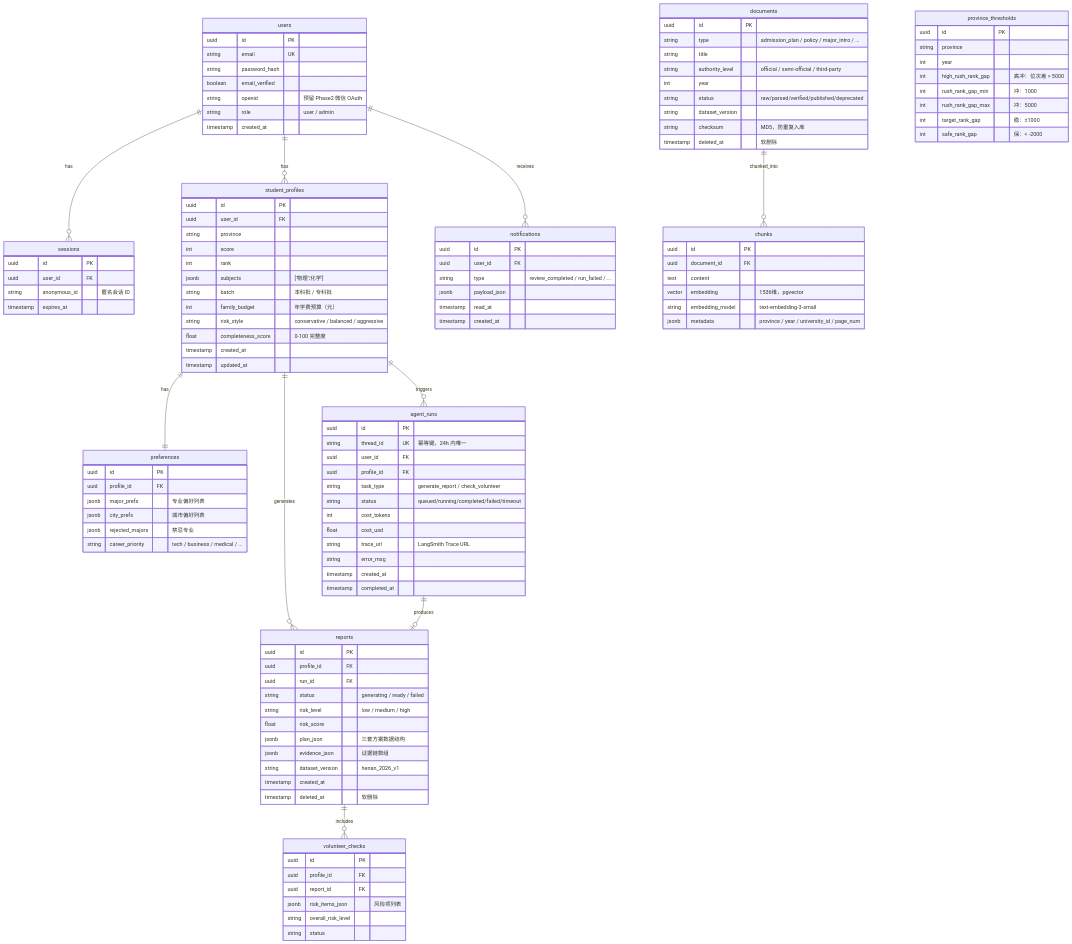
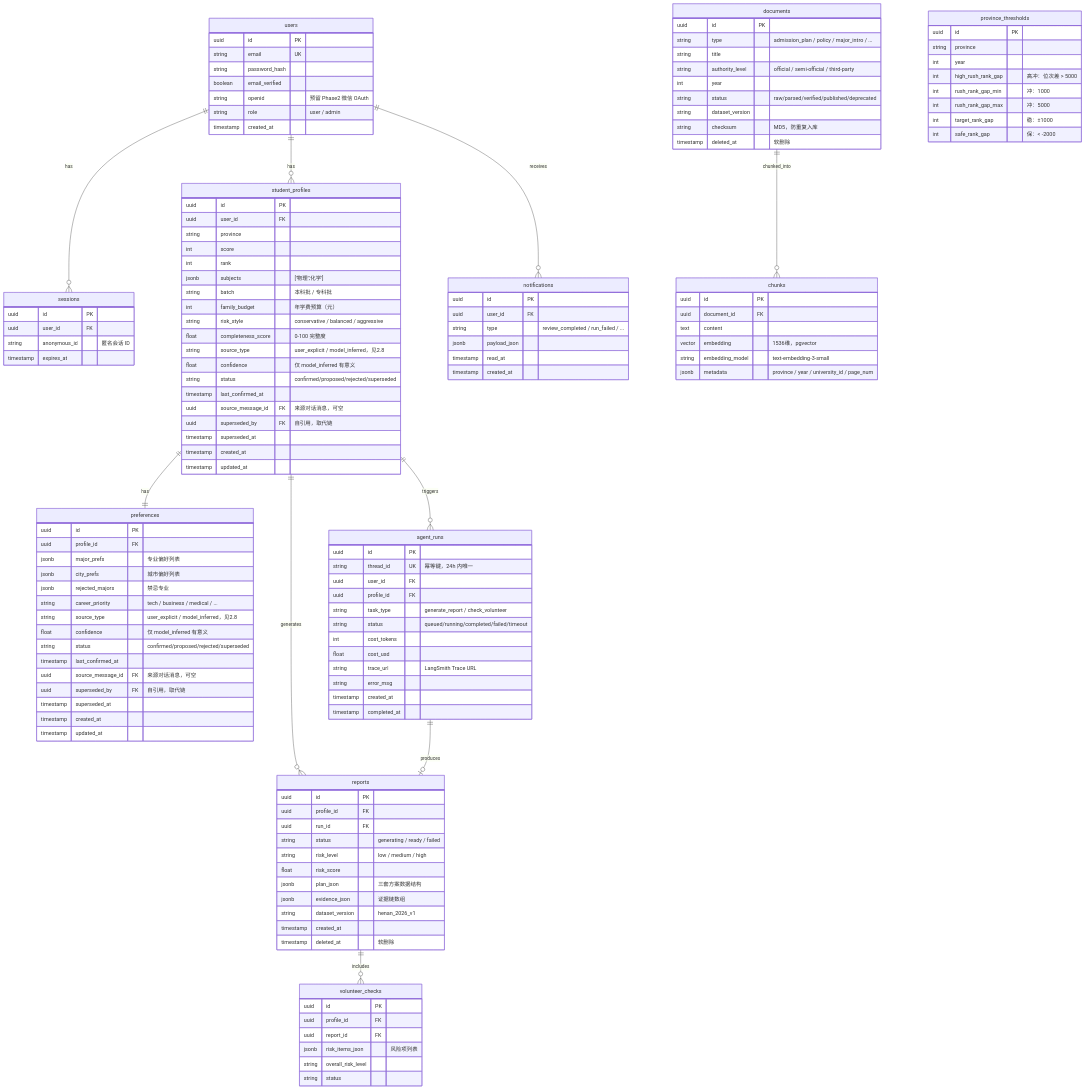
The first of 2 diagrams in backend/docs/03_data_model.md (debugzhao/jin-guide), drawn with Mermaid before and after one commit. The commit also changed other lines of this file and 4 other files, not shown here.

```diff
--- a/backend/docs/03_data_model.md
+++ b/backend/docs/03_data_model.md
@@ -34,6 +34,13 @@
         int family_budget "年学费预算（元）"
         string risk_style "conservative / balanced / aggressive"
         float completeness_score "0-100 完整度"
+        string source_type "user_explicit / model_inferred，见2.8"
+        float confidence "仅 model_inferred 有意义"
+        string status "confirmed/proposed/rejected/superseded"
+        timestamp last_confirmed_at
+        uuid source_message_id FK "来源对话消息，可空"
+        uuid superseded_by FK "自引用，取代链"
+        timestamp superseded_at
         timestamp created_at
         timestamp updated_at
     }
@@ -45,6 +52,15 @@
         jsonb city_prefs "城市偏好列表"
         jsonb rejected_majors "禁忌专业"
         string career_priority "tech / business / medical / ..."
+        string source_type "user_explicit / model_inferred，见2.8"
+        float confidence "仅 model_inferred 有意义"
+        string status "confirmed/proposed/rejected/superseded"
+        timestamp last_confirmed_at
+        uuid source_message_id FK "来源对话消息，可空"
+        uuid superseded_by FK "自引用，取代链"
+        timestamp superseded_at
+        timestamp created_at
+        timestamp updated_at
     }
 
     agent_runs {
```
